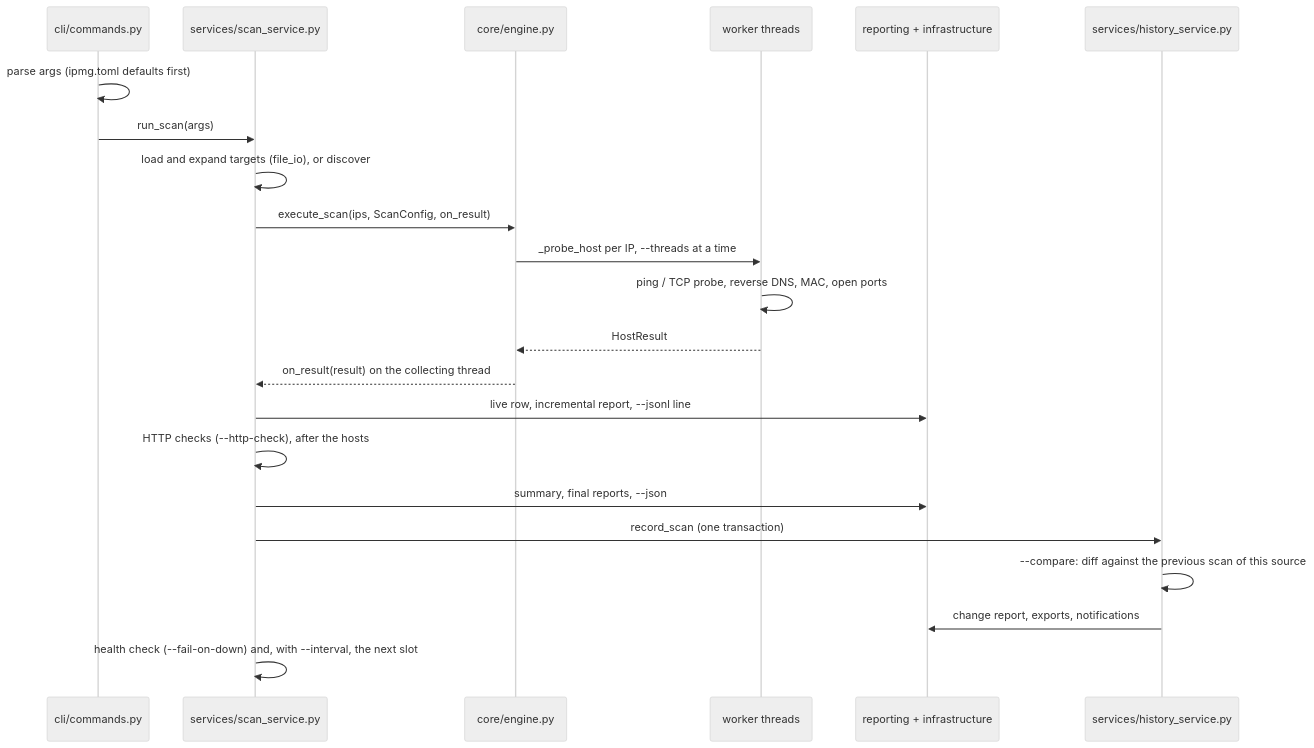
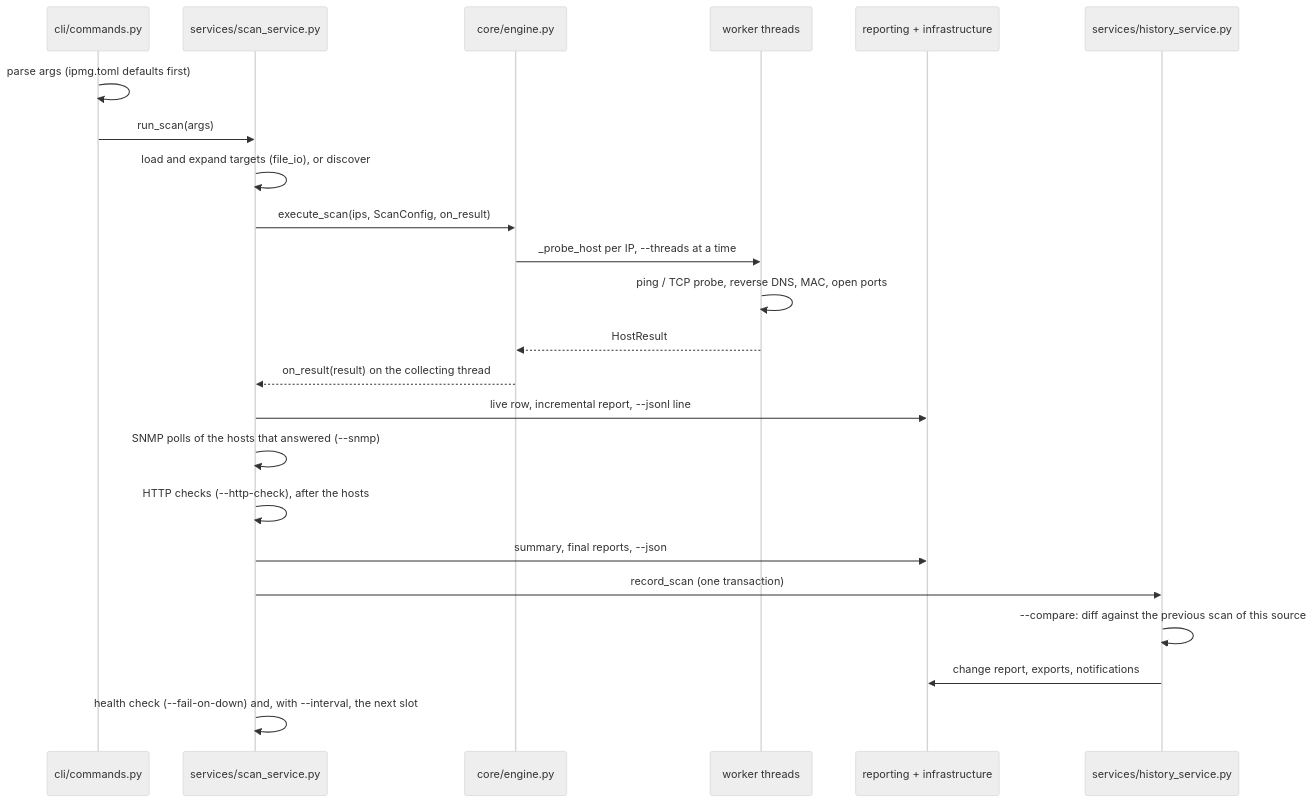
The second of 2 diagrams in docs/ARCHITECTURE.md (sameeralam3127/ipmg), drawn with Mermaid (neutral theme) before and after one commit. The commit also changed other lines of this file and 41 other files, not shown here.

````diff
--- a/docs/ARCHITECTURE.md
+++ b/docs/ARCHITECTURE.md
@@ -56,25 +56,26 @@
 ```mermaid
 sequenceDiagram
     participant C as cli/commands.py
     participant S as services/scan_service.py
     participant E as core/engine.py
     participant W as worker threads
     participant R as reporting + infrastructure
     participant H as services/history_service.py
 
     C->>C: parse args (ipmg.toml defaults first)
     C->>S: run_scan(args)
     S->>S: load and expand targets (file_io), or discover
     S->>E: execute_scan(ips, ScanConfig, on_result)
     E->>W: _probe_host per IP, --threads at a time
     W->>W: ping / TCP probe, reverse DNS, MAC, open ports
     W-->>E: HostResult
     E-->>S: on_result(result) on the collecting thread
     S->>R: live row, incremental report, --jsonl line
+    S->>S: SNMP polls of the hosts that answered (--snmp)
     S->>S: HTTP checks (--http-check), after the hosts
     S->>R: summary, final reports, --json
     S->>H: record_scan (one transaction)
     H->>H: --compare: diff against the previous scan of this source
     H->>R: change report, exports, notifications
     S->>S: health check (--fail-on-down) and, with --interval, the next slot
 ```
````
